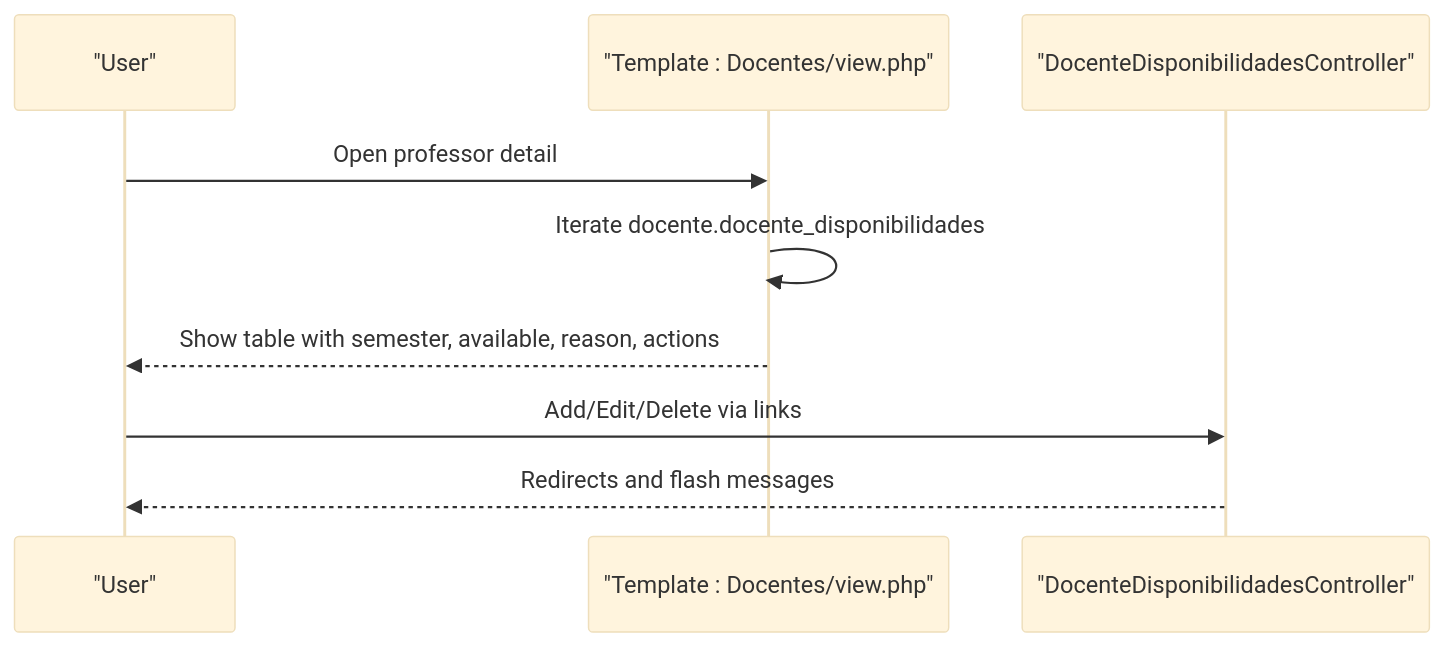
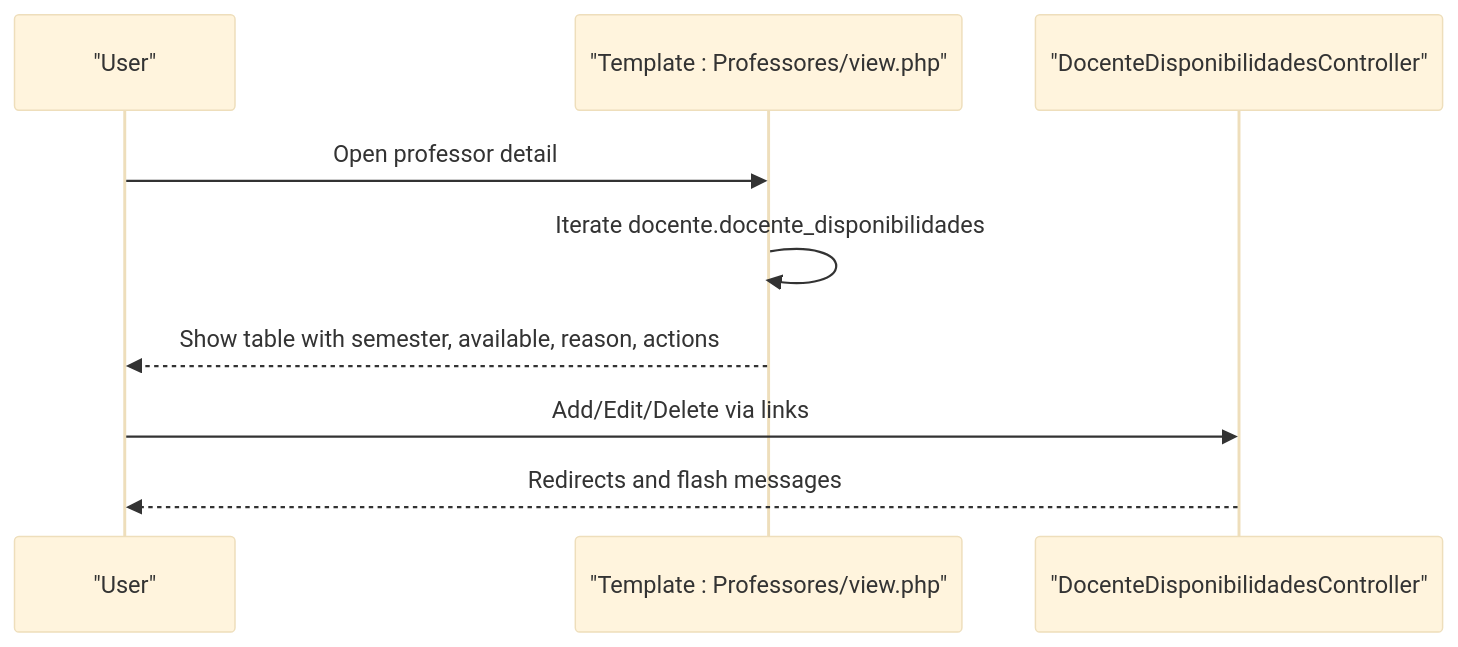
The seventh of 8 diagrams in .qoder/repowiki/en/content/Core Features/Faculty Management/Faculty Availability Management.md (luiseduacosta/planejamento5), drawn with Mermaid (base theme) before and after one commit. The commit also changed other lines of this file and 37 other files, not shown here.

Commit message:
repowiki: rename Docentes → Professores in metadata

````diff
--- a/.qoder/repowiki/en/content/Core Features/Faculty Management/Faculty Availability Management.md
+++ b/.qoder/repowiki/en/content/Core Features/Faculty Management/Faculty Availability Management.md
@@ -275,11 +275,11 @@
 ```mermaid
 sequenceDiagram
 participant U as "User"
-participant V as "Template : Docentes/view.php"
+participant V as "Template : Professores/view.php"
 participant C as "DocenteDisponibilidadesController"
 U->>V : Open professor detail
 V->>V : Iterate docente.docente_disponibilidades
 V-->>U : Show table with semester, available, reason, actions
 U->>C : Add/Edit/Delete via links
 C-->>U : Redirects and flash messages
 ```
````
